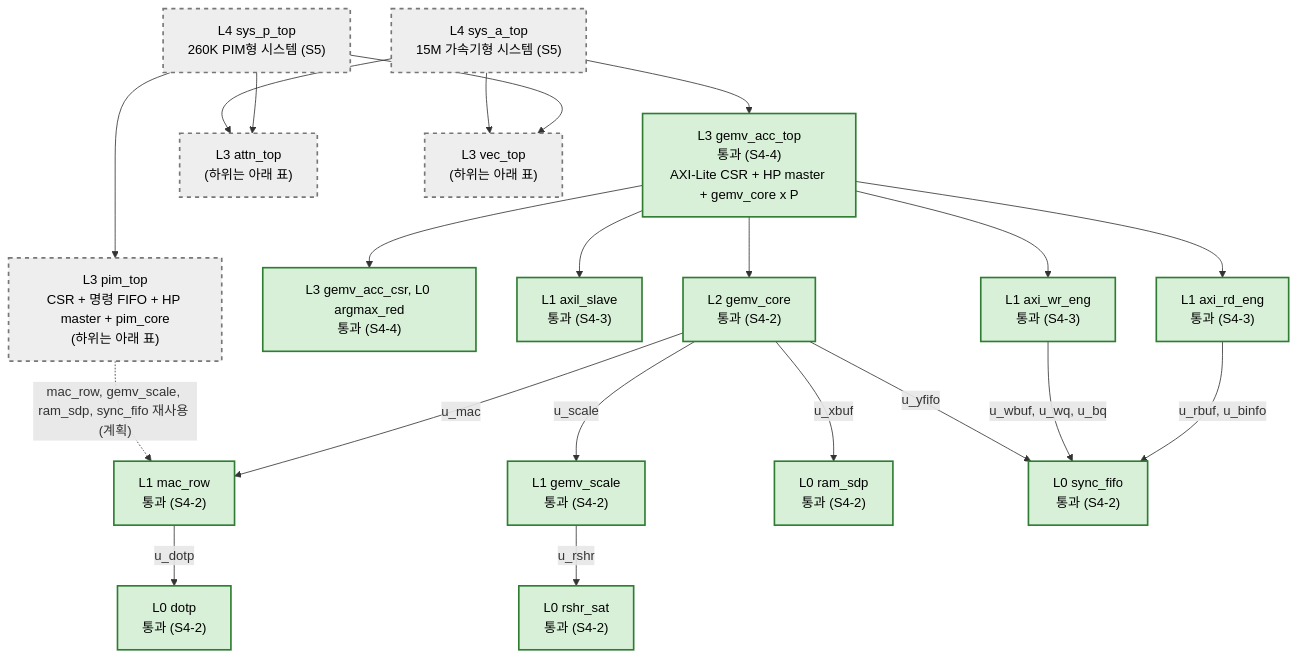
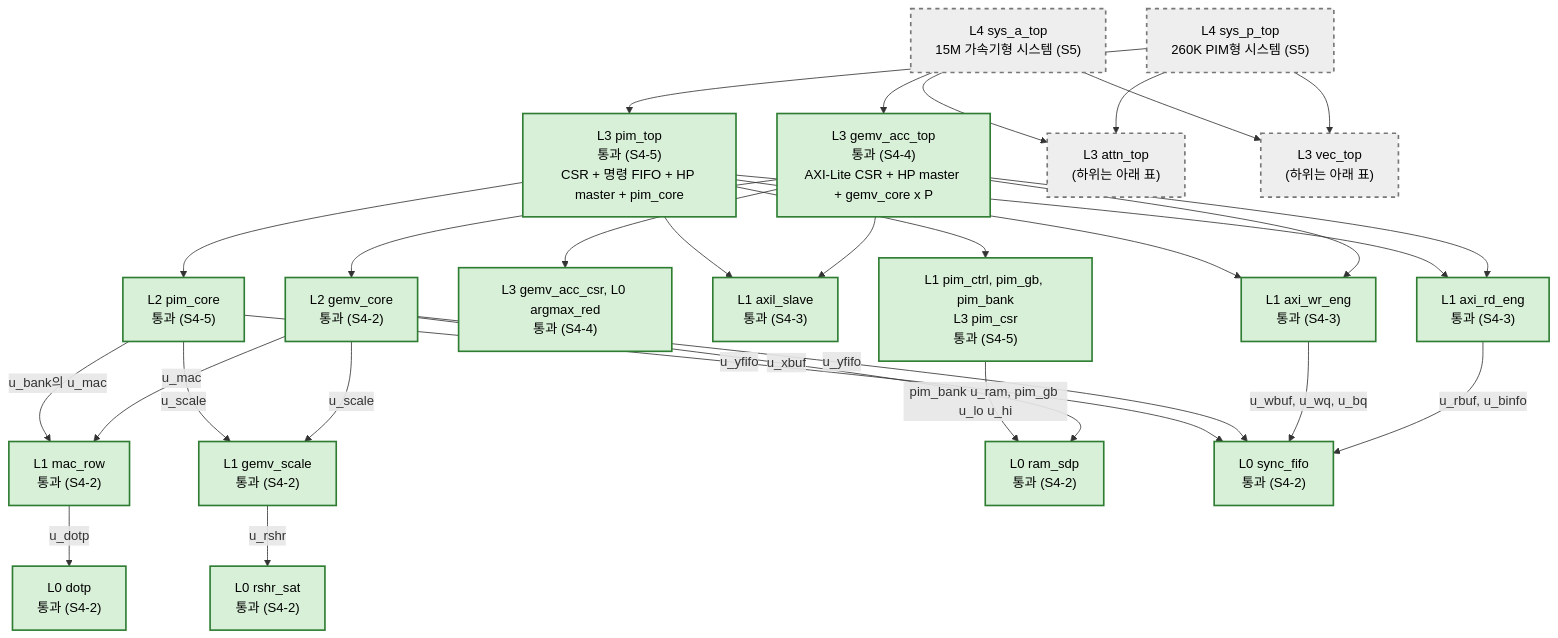
The diagram in progress/llm-pim-soc/docs/diagrams/00_hierarchy.md (oerreo/HW_Projects), drawn with Mermaid before and after one commit. The commit also changed other lines of this file and 4 other files, not shown here.

Commit message:
docs(llm-pim-soc): PIM IP diagrams and accelerator vs PIM comparison

````diff
--- a/progress/llm-pim-soc/docs/diagrams/00_hierarchy.md
+++ b/progress/llm-pim-soc/docs/diagrams/00_hierarchy.md
@@ -16,46 +17,56 @@
 ```mermaid
 flowchart TD
     sysp["L4 sys_p_top<br/>260K PIM형 시스템 (S5)"]:::plan
     sysa["L4 sys_a_top<br/>15M 가속기형 시스템 (S5)"]:::plan
 
     acc["L3 gemv_acc_top<br/>통과 (S4-4)<br/>AXI-Lite CSR + HP master + gemv_core x P"]:::done
-    pim["L3 pim_top<br/>CSR + 명령 FIFO + HP master + pim_core<br/>(하위는 아래 표)"]:::plan
+    pim["L3 pim_top<br/>통과 (S4-5)<br/>CSR + 명령 FIFO + HP master + pim_core"]:::done
+    pimcore["L2 pim_core<br/>통과 (S4-5)"]:::done
+    pimsub["L1 pim_ctrl, pim_gb, pim_bank<br/>L3 pim_csr<br/>통과 (S4-5)"]:::done
     attn["L3 attn_top<br/>(하위는 아래 표)"]:::plan
     vec["L3 vec_top<br/>(하위는 아래 표)"]:::plan
 
     accsub["L3 gemv_acc_csr, L0 argmax_red<br/>통과 (S4-4)"]:::done
     axil["L1 axil_slave<br/>통과 (S4-3)"]:::done
     rde["L1 axi_rd_eng<br/>통과 (S4-3)"]:::done
     wre["L1 axi_wr_eng<br/>통과 (S4-3)"]:::done
     core["L2 gemv_core<br/>통과 (S4-2)"]:::done
     mac["L1 mac_row<br/>통과 (S4-2)"]:::done
     scale["L1 gemv_scale<br/>통과 (S4-2)"]:::done
     dotp["L0 dotp<br/>통과 (S4-2)"]:::done
     rshr["L0 rshr_sat<br/>통과 (S4-2)"]:::done
     ram["L0 ram_sdp<br/>통과 (S4-2)"]:::done
     fifo["L0 sync_fifo<br/>통과 (S4-2)"]:::done
 
     sysp --> pim
     sysp --> attn
     sysp --> vec
     sysa --> acc
     sysa --> attn
     sysa --> vec
     acc --> accsub
     acc --> axil
     acc --> rde
     acc --> wre
     rde -->|"u_rbuf, u_binfo"| fifo
     wre -->|"u_wbuf, u_wq, u_bq"| fifo
     acc --> core
     core -->|"u_xbuf"| ram
     core -->|"u_mac"| mac
     core -->|"u_scale"| scale
     core -->|"u_yfifo"| fifo
     mac -->|"u_dotp"| dotp
     scale -->|"u_rshr"| rshr
-    pim -.->|"mac_row, gemv_scale, ram_sdp, sync_fifo 재사용 (계획)"| mac
+    pim --> pimcore
+    pim --> pimsub
+    pim --> axil
+    pim --> rde
+    pim --> wre
+    pimcore -->|"u_bank의 u_mac"| mac
+    pimcore -->|"u_scale"| scale
+    pimcore -->|"u_yfifo"| fifo
+    pimsub -->|"pim_bank u_ram, pim_gb u_lo u_hi"| ram
 
     classDef done fill:#d8f0d8,stroke:#2e7d32,stroke-width:2px,color:#000
     classDef plan fill:#eeeeee,stroke:#777777,stroke-width:2px,stroke-dasharray:5 5,color:#000
 ```
````
